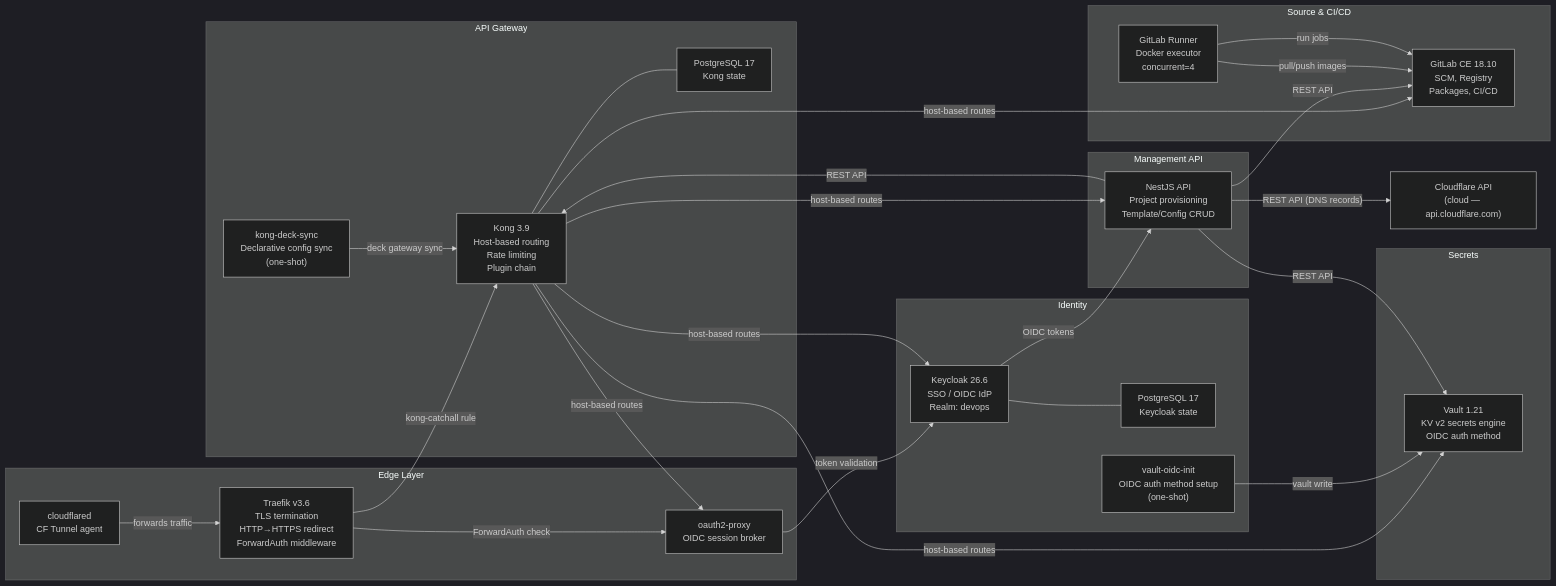
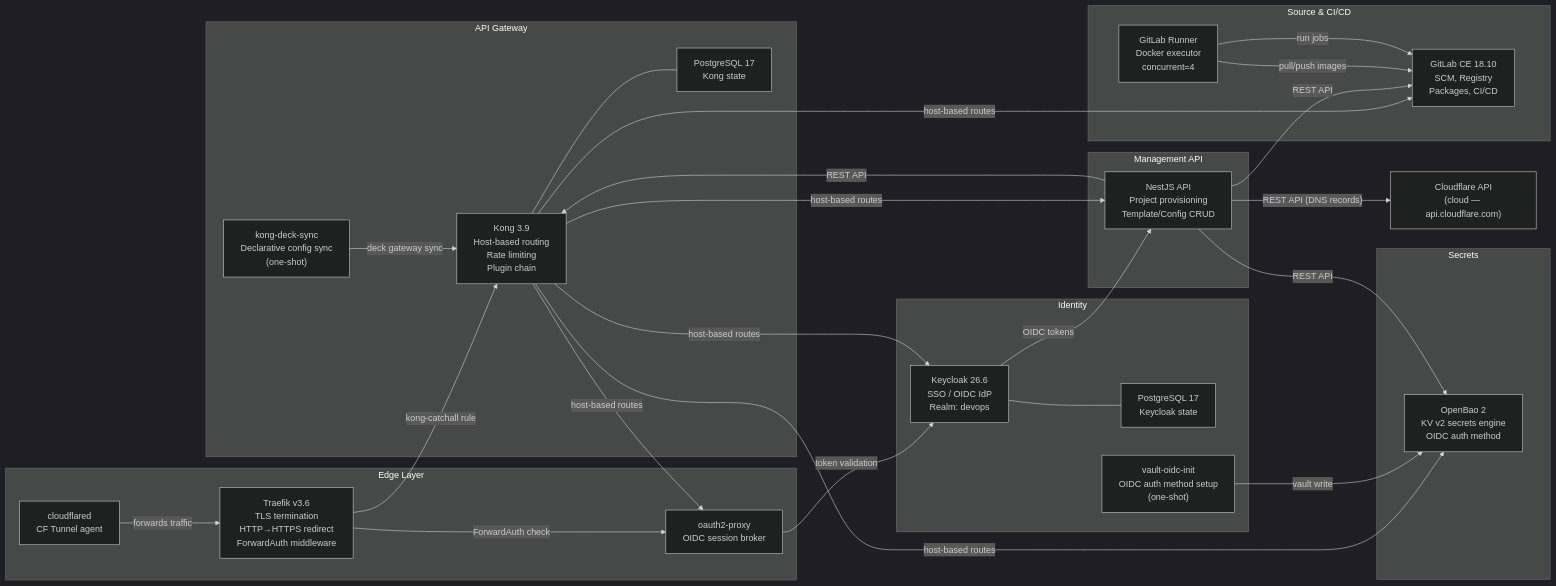
One commit to astarx-studio/devsecops-platform changed the second of 4 diagrams in __DOCS__/99_maintainers/01_architecture.md. Above: the diagram before and after it, drawn with Mermaid (dark theme). The commit also changed other lines of this file and 14 other files, not shown here.

````diff
--- a/__DOCS__/99_maintainers/01_architecture.md
+++ b/__DOCS__/99_maintainers/01_architecture.md
@@ -35,56 +35,56 @@
 ```mermaid
 graph LR
     subgraph edge ["Edge Layer"]
         traefik["Traefik v3.6\nTLS termination\nHTTP→HTTPS redirect\nForwardAuth middleware"]
         cloudflared["cloudflared\nCF Tunnel agent"]
         oauth2proxy["oauth2-proxy\nOIDC session broker"]
     end
 
     subgraph gateway ["API Gateway"]
         kong["Kong 3.9\nHost-based routing\nRate limiting\nPlugin chain"]
         kongdb["PostgreSQL 17\nKong state"]
         deckSync["kong-deck-sync\nDeclarative config sync\n(one-shot)"]
     end
 
     subgraph identity ["Identity"]
         keycloak["Keycloak 26.6\nSSO / OIDC IdP\nRealm: devops"]
         keycloakdb["PostgreSQL 17\nKeycloak state"]
         vaultOidcInit["vault-oidc-init\nOIDC auth method setup\n(one-shot)"]
     end
 
     subgraph secrets ["Secrets"]
-        vault["Vault 1.21\nKV v2 secrets engine\nOIDC auth method"]
+        vault["OpenBao 2\nKV v2 secrets engine\nOIDC auth method"]
     end
 
     subgraph scm ["Source & CI/CD"]
         gitlab["GitLab CE 18.10\nSCM, Registry\nPackages, CI/CD"]
         runner["GitLab Runner\nDocker executor\nconcurrent=4"]
     end
 
     subgraph api ["Management API"]
         mgmtapi["NestJS API\nProject provisioning\nTemplate/Config CRUD"]
     end
 
     CFAPI["Cloudflare API\n(cloud — api.cloudflare.com)"]
 
     cloudflared -->|"forwards traffic"| traefik
     traefik -->|"kong-catchall rule"| kong
     traefik -->|"ForwardAuth check"| oauth2proxy
     oauth2proxy -->|"token validation"| keycloak
     kong -->|"host-based routes"| keycloak
     kong -->|"host-based routes"| vault
     kong -->|"host-based routes"| gitlab
     kong -->|"host-based routes"| mgmtapi
     kong -->|"host-based routes"| oauth2proxy
     kong --- kongdb
     keycloak --- keycloakdb
     deckSync -->|"deck gateway sync"| kong
     vaultOidcInit -->|"vault write"| vault
     keycloak -->|"OIDC tokens"| mgmtapi
     mgmtapi -->|"REST API"| gitlab
     mgmtapi -->|"REST API"| kong
     mgmtapi -->|"REST API"| vault
     mgmtapi -->|"REST API (DNS records)"| CFAPI
     runner -->|"pull/push images"| gitlab
     runner -->|"run jobs"| gitlab
 ```
````
